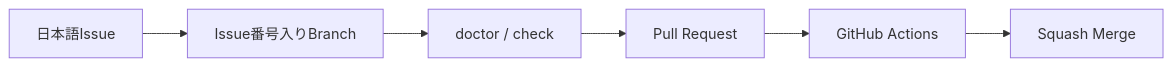
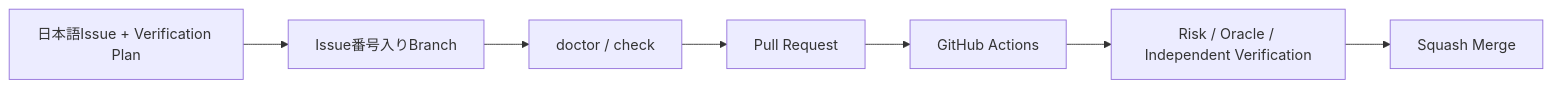
The fifth of 6 diagrams in README.md (k-systems202208/python-sqlite-tailscale-webapp-template), drawn with Mermaid before and after one commit. The commit also changed other lines of this file and 6 other files, not shown here.

````diff
--- a/README.md
+++ b/README.md
@@ -258,8 +262,9 @@
 ```mermaid
 flowchart LR
-    I["日本語Issue"] --> B["Issue番号入りBranch"]
+    I["日本語Issue + Verification Plan"] --> B["Issue番号入りBranch"]
     B --> C["doctor / check"]
     C --> P["Pull Request"]
     P --> CI["GitHub Actions"]
-    CI --> M["Squash Merge"]
+    CI --> V["Risk / Oracle / Independent Verification"]
+    V --> M["Squash Merge"]
 ```
````
